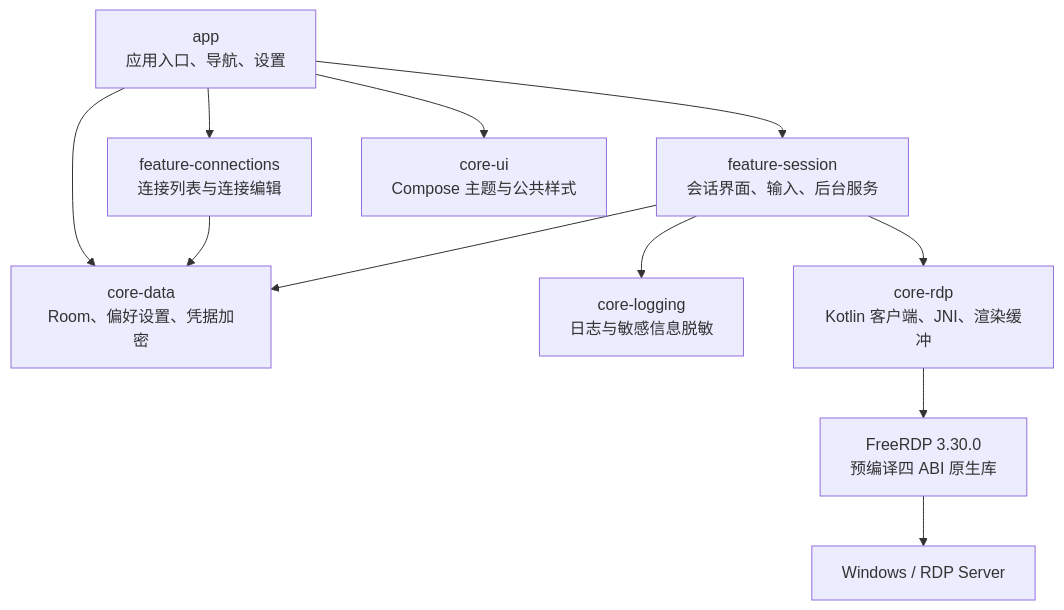
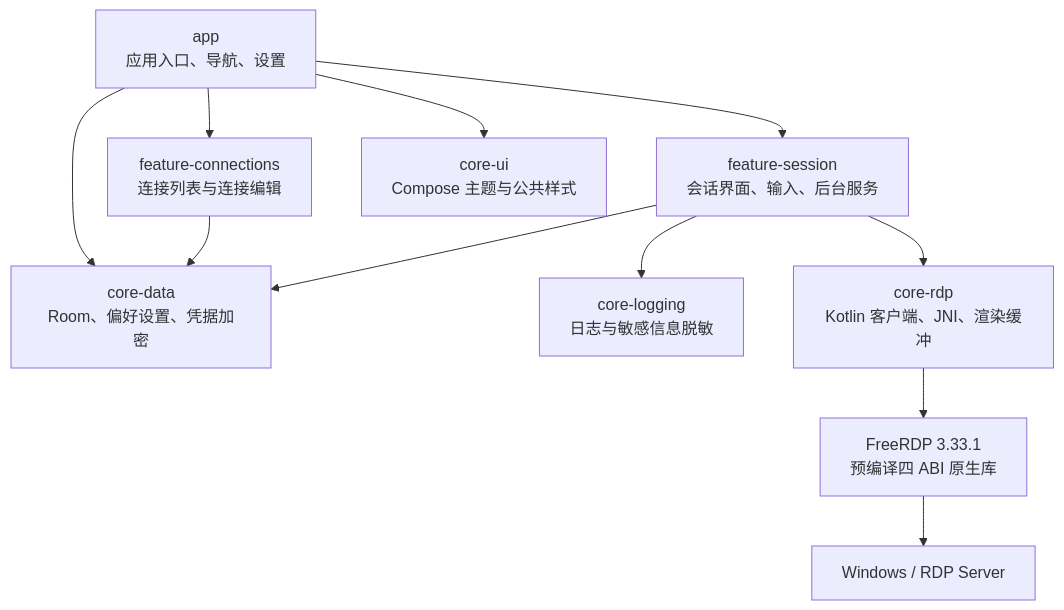
Before and after one commit to HanFengRuYue/PocketRDP: the diagram in README.md, drawn with Mermaid. The commit also changed other lines of this file and 143 other files, not shown here.

First line of the commit message:
Upgrade FreeRDP 3.33.1 stack, fix audit findings, and rebuild Release native libs

````diff
--- a/README.md
+++ b/README.md
@@ -152,23 +152,23 @@
 ```mermaid
 flowchart TB
     APP["app<br/>应用入口、导航、设置"]
     CONNECTIONS["feature-connections<br/>连接列表与连接编辑"]
     SESSION["feature-session<br/>会话界面、输入、后台服务"]
     DATA["core-data<br/>Room、偏好设置、凭据加密"]
     UI["core-ui<br/>Compose 主题与公共样式"]
     LOG["core-logging<br/>日志与敏感信息脱敏"]
     RDP["core-rdp<br/>Kotlin 客户端、JNI、渲染缓冲"]
-    FREERDP["FreeRDP 3.30.0<br/>预编译四 ABI 原生库"]
+    FREERDP["FreeRDP 3.33.1<br/>预编译四 ABI 原生库"]
     SERVER["Windows / RDP Server"]
 
     APP --> CONNECTIONS
     APP --> SESSION
     APP --> DATA
     APP --> UI
     CONNECTIONS --> DATA
     SESSION --> RDP
     SESSION --> DATA
     SESSION --> LOG
     RDP --> FREERDP
     FREERDP --> SERVER
 ```
````
